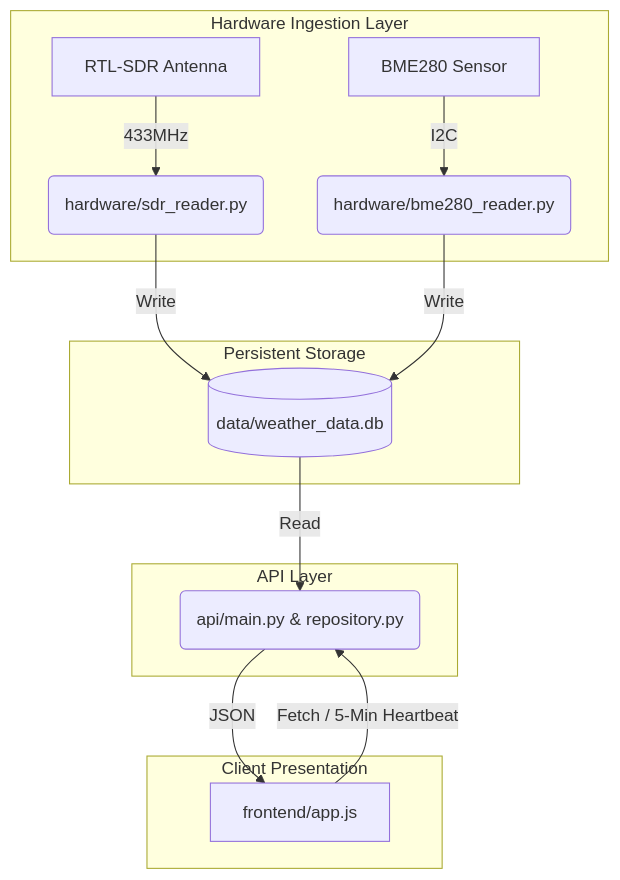
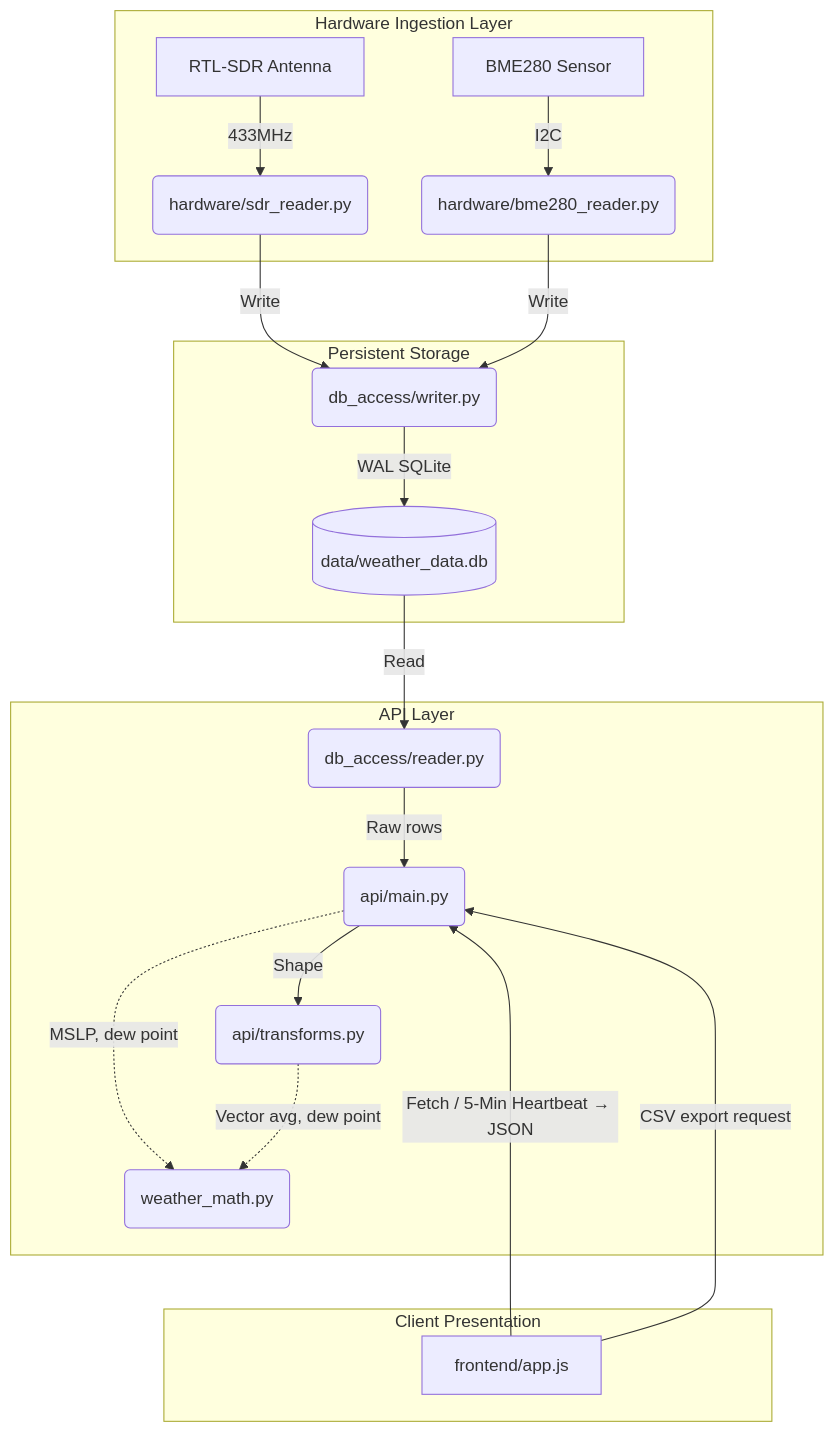
One commit to Simon-Fukada/weather_station changed the diagram in README.md. Above: the diagram before and after it, drawn with Mermaid. The commit also changed other lines of this file and 27 other files, not shown here.

````diff
--- a/README.md
+++ b/README.md
@@ -22,21 +22,28 @@
 ```mermaid
 graph TD
     subgraph Hardware Ingestion Layer
         A[RTL-SDR Antenna] -->|433MHz| B(hardware/sdr_reader.py)
         C[BME280 Sensor] -->|I2C| D(hardware/bme280_reader.py)
     end
 
     subgraph Persistent Storage
-        B -->|Write| E[(data/weather_data.db)]
-        D -->|Write| E
+        B -->|Write| W(db_access/writer.py)
+        D -->|Write| W
+        W -->|WAL SQLite| E[(data/weather_data.db)]
     end
 
     subgraph API Layer
-        E -->|Read| F(api/main.py & repository.py)
+        E -->|Read| F(db_access/reader.py)
+        F -->|Raw rows| H(api/main.py)
+        H -->|Shape| G(api/transforms.py)
+        H -.->|MSLP, dew point| M(weather_math.py)
+        G -.->|Vector avg, dew point| M
     end
 
     subgraph Client Presentation
-        G[frontend/app.js] -->|Fetch / 5-Min Heartbeat| F
-        F -->|JSON| G
+        I[frontend/app.js] -->|Fetch / 5-Min Heartbeat → JSON| H
+        I -->|CSV export request| H
     end
+
+    M ~~~ I
 ```
````
